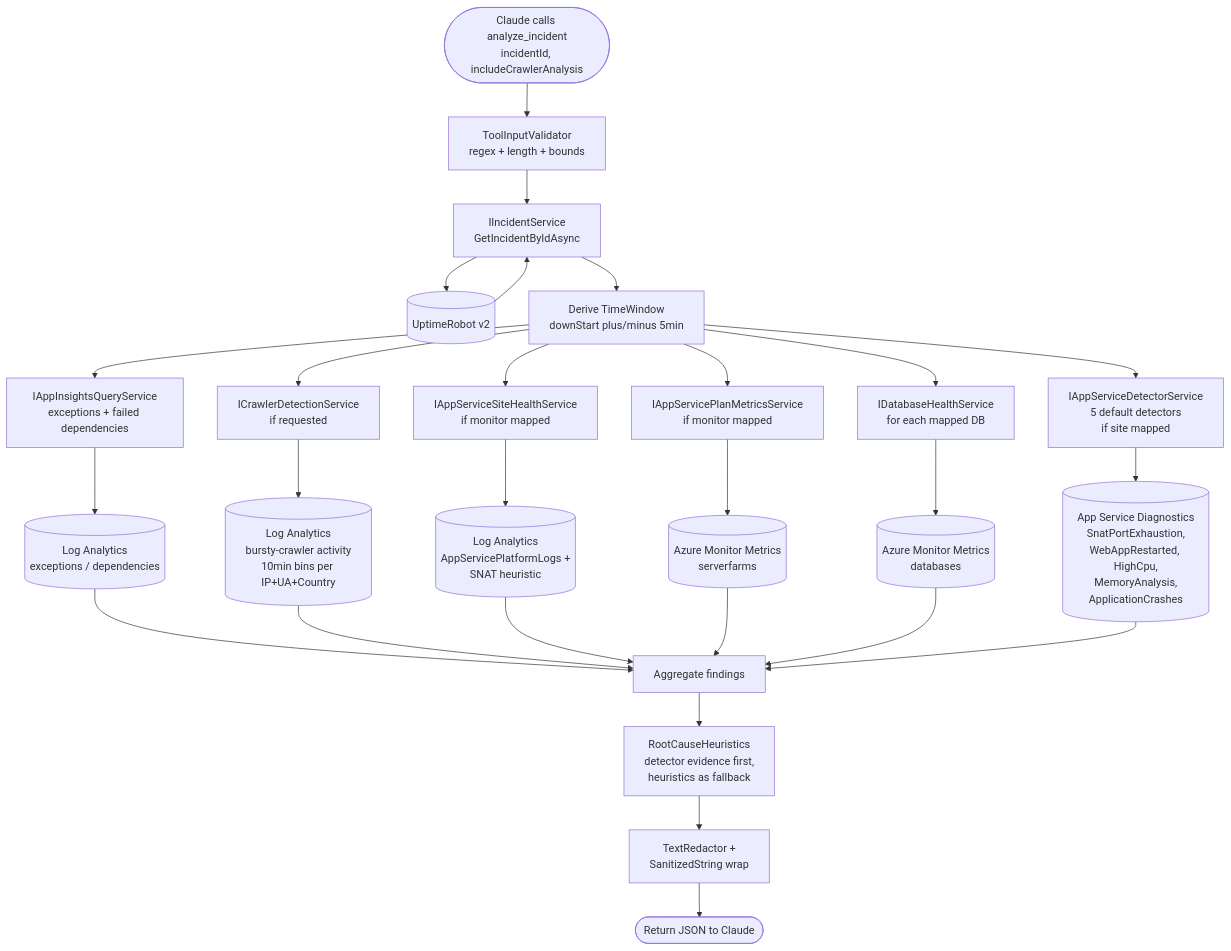
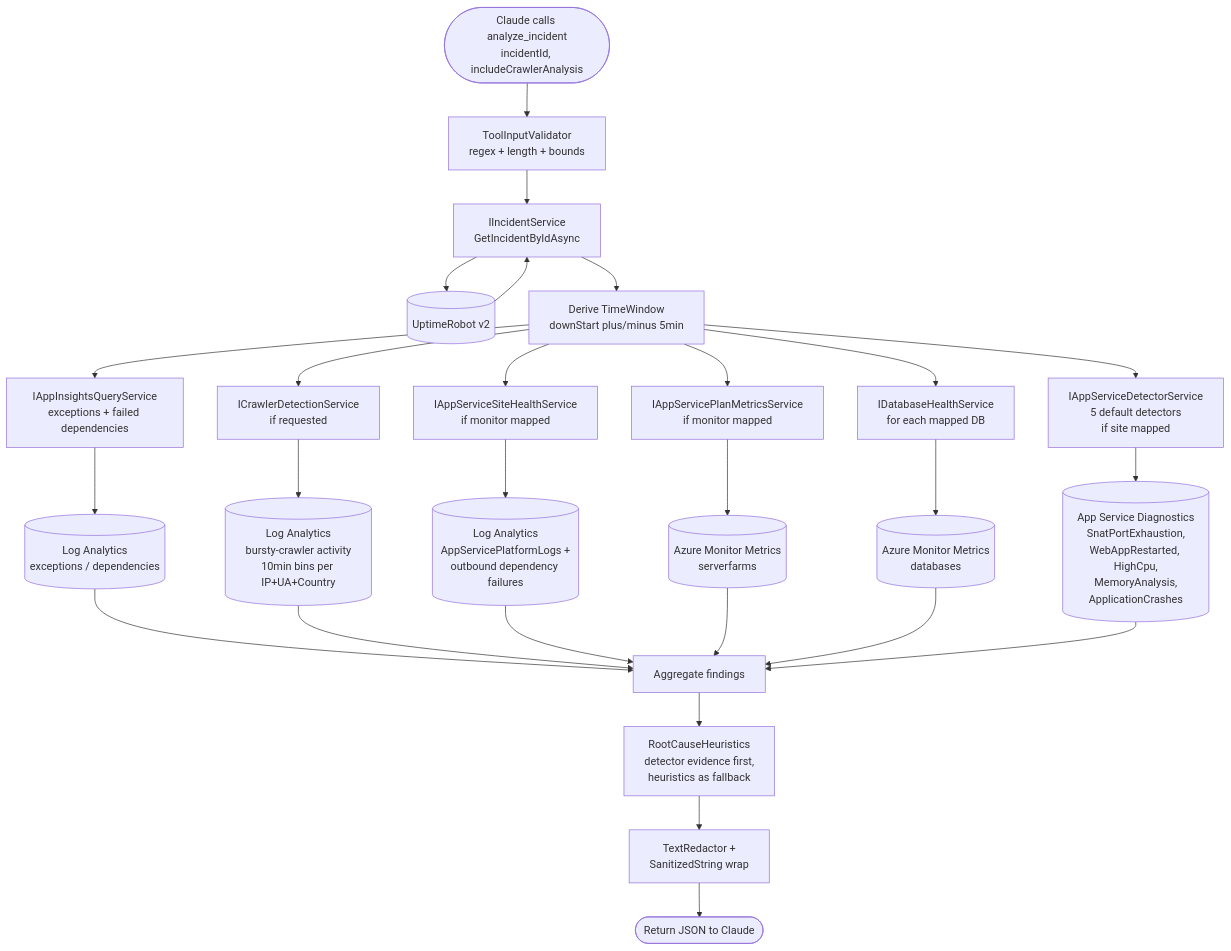
One commit to lexferia/AzureIncidentInvestigator changed the second of 3 diagrams in README.md. Above: the diagram before and after it, drawn with Mermaid. The commit also changed other lines of this file and 21 other files, not shown here.

````diff
--- a/README.md
+++ b/README.md
@@ -68,28 +68,28 @@
 ```mermaid
 flowchart TD
     Start([Claude calls analyze_incident<br/>incidentId, includeCrawlerAnalysis])
     Start --> V[ToolInputValidator<br/>regex + length + bounds]
     V --> IS[IIncidentService<br/>GetIncidentByIdAsync]
     IS --> UR[(UptimeRobot v2)]
     UR --> IS
     IS --> Window[Derive TimeWindow<br/>downStart plus/minus 5min]
 
     Window --> P1[IAppInsightsQueryService<br/>exceptions + failed dependencies]
     Window --> P2[ICrawlerDetectionService<br/>if requested]
     Window --> P3[IAppServicePlanMetricsService<br/>if monitor mapped]
     Window --> P4[IAppServiceSiteHealthService<br/>if monitor mapped]
     Window --> P5[IDatabaseHealthService<br/>for each mapped DB]
     Window --> P6[IAppServiceDetectorService<br/>5 default detectors<br/>if site mapped]
 
     P1 --> LAW1[(Log Analytics<br/>exceptions / dependencies)]
     P2 --> LAW2[(Log Analytics<br/>bursty-crawler activity<br/>10min bins per IP+UA+Country)]
     P3 --> AM1[(Azure Monitor Metrics<br/>serverfarms)]
-    P4 --> LAW3[(Log Analytics<br/>AppServicePlatformLogs +<br/>SNAT heuristic)]
+    P4 --> LAW3[(Log Analytics<br/>AppServicePlatformLogs +<br/>outbound dependency failures)]
     P5 --> AM2[(Azure Monitor Metrics<br/>databases)]
     P6 --> DET[(App Service Diagnostics<br/>SnatPortExhaustion,<br/>WebAppRestarted, HighCpu,<br/>MemoryAnalysis,<br/>ApplicationCrashes)]
 
     LAW1 & LAW2 & LAW3 & AM1 & AM2 & DET --> Merge[Aggregate findings]
     Merge --> Heur[RootCauseHeuristics<br/>detector evidence first,<br/>heuristics as fallback]
     Heur --> Red[TextRedactor +<br/>SanitizedString wrap]
     Red --> Resp([Return JSON to Claude])
 ```
````
